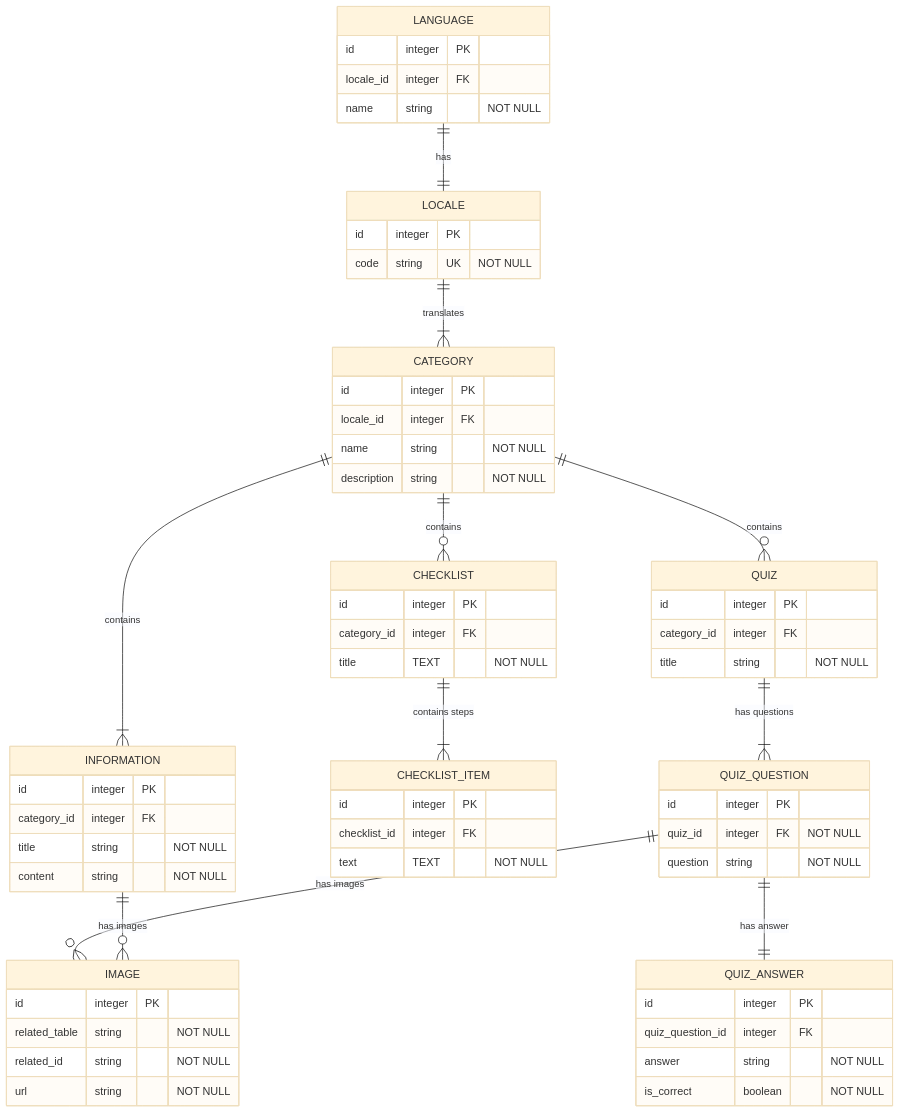
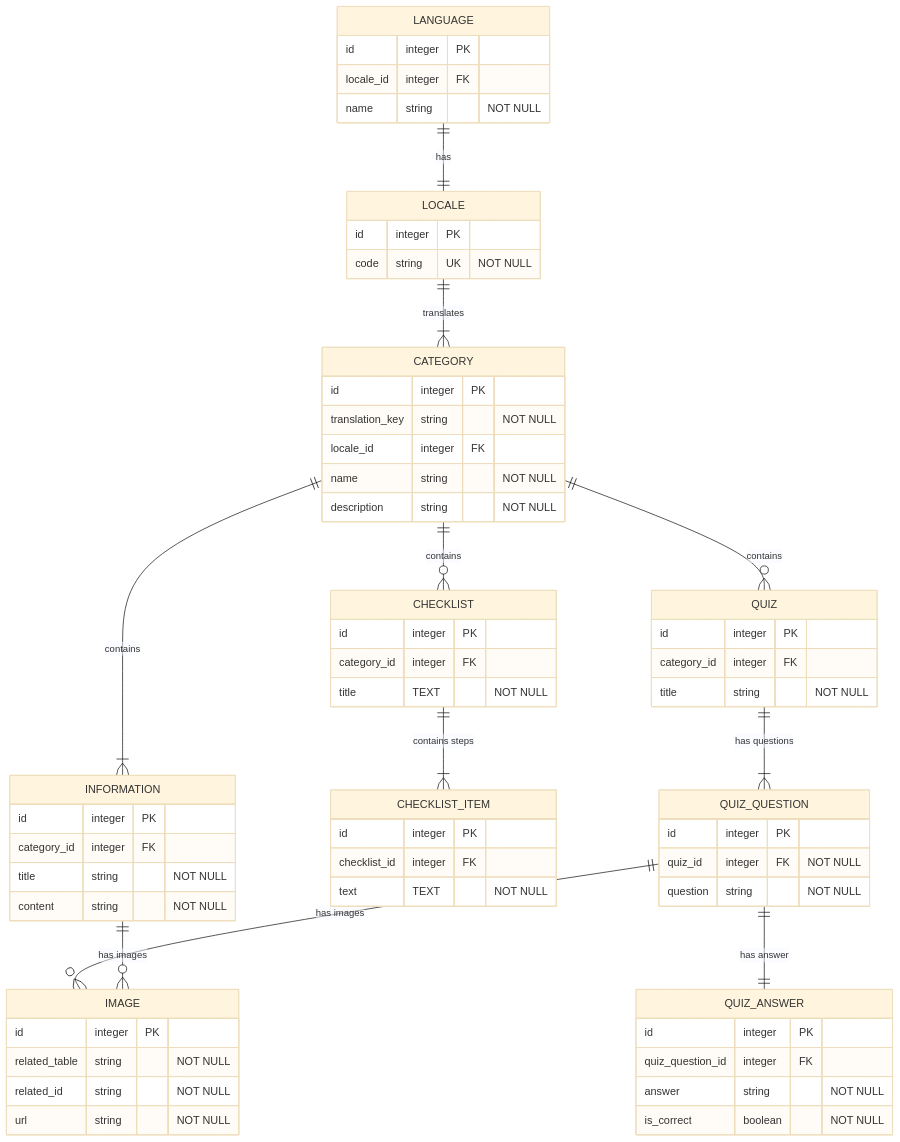
Before and after one commit to aiminhTech/swissway: the diagram in backend/src/db/DATABASE.md, drawn with Mermaid (base theme). The commit also changed 8 other files, not shown here.

Commit message:
add a translation_key column into categories & add seeding data for categories

````diff
--- a/backend/src/db/DATABASE.md
+++ b/backend/src/db/DATABASE.md
@@ -1,80 +1,80 @@
 ```mermaid
 erDiagram
   LANGUAGE ||--|| LOCALE : "has"
   LOCALE ||--|{ CATEGORY : "translates"
 
   CATEGORY ||--|{ INFORMATION : "contains"
-
   CATEGORY ||--o{ CHECKLIST  : "contains"
   CHECKLIST ||--|{ CHECKLIST_ITEM  : "contains steps"
 
   CATEGORY ||--o{ QUIZ : "contains"
   QUIZ ||--|{ QUIZ_QUESTION : "has questions"
   QUIZ_QUESTION ||--|| QUIZ_ANSWER : "has answer"
 
   QUIZ_QUESTION ||--o{ IMAGE : "has images"
   INFORMATION ||--o{ IMAGE : "has images"
 
   LOCALE {
     id integer PK
     code string UK "NOT NULL"
   }
 
   LANGUAGE {
     id integer PK 
     locale_id integer FK
     name string "NOT NULL"
   }
 
   CATEGORY {
     id integer PK 
+    translation_key string "NOT NULL"
     locale_id integer FK
     name string "NOT NULL"
     description string "NOT NULL"
   }
 
   INFORMATION {
     id integer PK 
     category_id integer FK 
     title string "NOT NULL"
     content string "NOT NULL"
   }
 
   CHECKLIST {
     id integer PK 
     category_id integer FK            
     title TEXT "NOT NULL"    
   }
 
   CHECKLIST_ITEM {
     id integer PK
     checklist_id integer FK 
     text TEXT "NOT NULL"             
   }
 
   QUIZ {
     id integer PK 
     category_id integer FK 
     title string "NOT NULL"
   }
 
   QUIZ_QUESTION {
     id integer PK
     quiz_id integer FK "NOT NULL"
     question string "NOT NULL"
   }
 
   QUIZ_ANSWER {
     id integer PK
     quiz_question_id integer FK
     answer string "NOT NULL"
     is_correct boolean "NOT NULL"
   }
 
   IMAGE {
     id integer PK
     related_table string "NOT NULL"
     related_id string "NOT NULL"      
     url string "NOT NULL"          
   }
 ```
````
